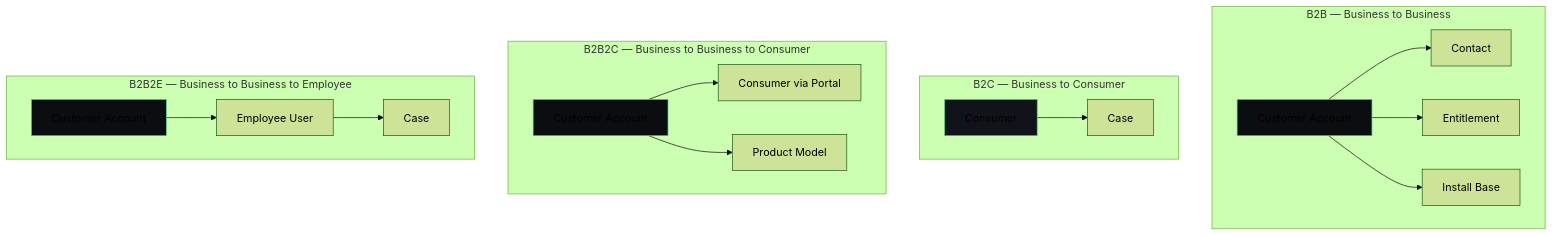
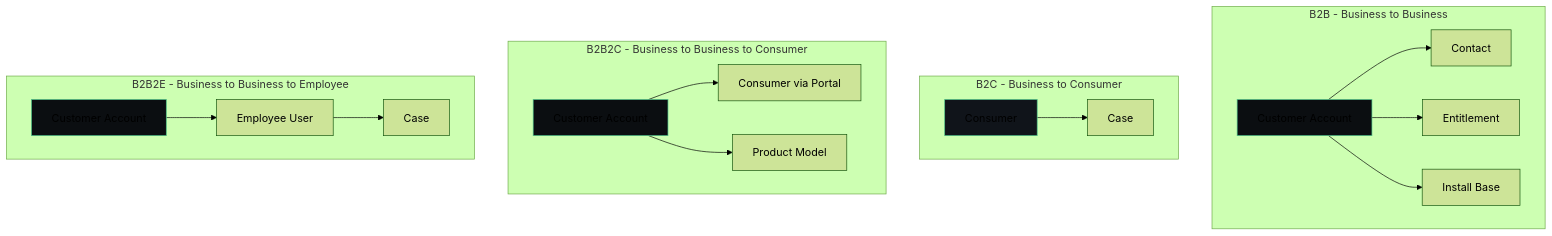
The first of 4 diagrams in docs/modules/csm/csm-guide.md (eltonaguiar/ServiceNow_Learning_TSOM-_CSM_FSM_SalesCRM_HAM_ITSM), drawn with Mermaid (forest theme) before and after one commit. The commit also changed 10 other files, not shown here.

First line of the commit message:
Fix Mermaid diagram unicode characters causing syntax errors

````diff
--- a/docs/modules/csm/csm-guide.md
+++ b/docs/modules/csm/csm-guide.md
@@ -162,27 +162,27 @@
 ```mermaid
 graph TD
-    subgraph "B2B — Business to Business"
+    subgraph "B2B  -  Business to Business"
         company[Customer Account] --> contact[Contact]
         company --> entitlement[Entitlement]
         company --> install_base[Install Base]
     end
     
-    subgraph "B2C — Business to Consumer"
+    subgraph "B2C  -  Business to Consumer"
         consumer[Consumer] --> case[Case]
     end
     
-    subgraph "B2B2C — Business to Business to Consumer"
+    subgraph "B2B2C  -  Business to Business to Consumer"
         company2[Customer Account] --> consumer2[Consumer via Portal]
         company2 --> product[Product Model]
     end
     
-    subgraph "B2B2E — Business to Business to Employee"
+    subgraph "B2B2E  -  Business to Business to Employee"
         company3[Customer Account] --> employee[Employee User]
         employee --> case2[Case]
     end
 
     style company fill:#0b0e11,stroke:#4cc38a
     style consumer fill:#10141a,stroke:#4cc38a
     style company2 fill:#0b0e11,stroke:#4cc38a
     style company3 fill:#0b0e11,stroke:#4cc38a
 ```
````
